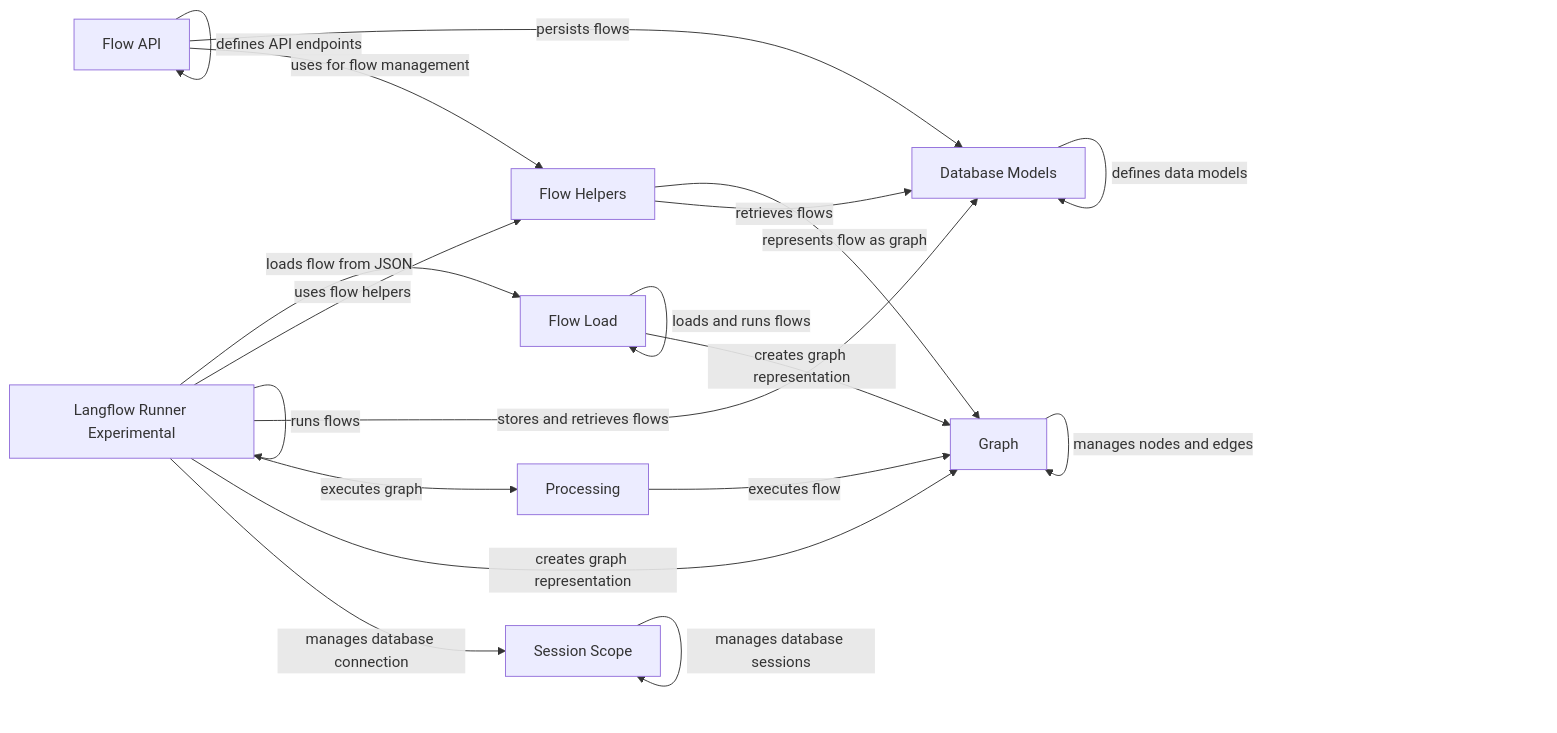
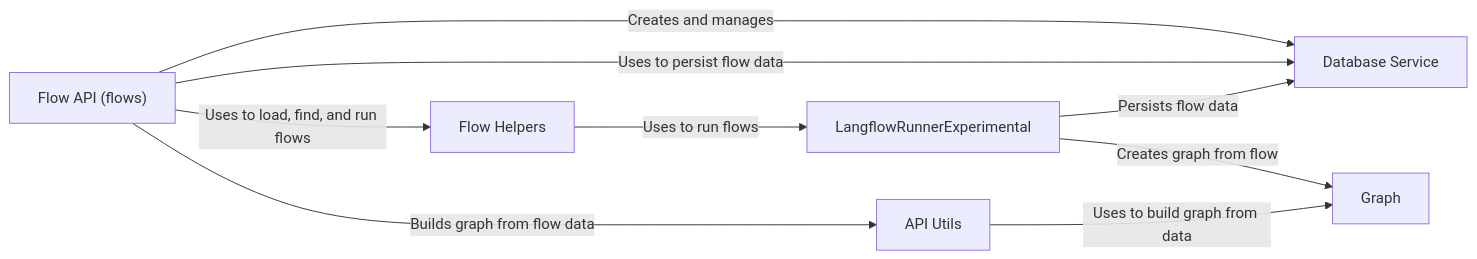
One commit to CodeBoarding/GeneratedOnBoardings changed the diagram in langflow/Flow Management.md. Above: the diagram before and after it, drawn with Mermaid. The commit also changed other lines of this file and 14 other files, not shown here.

````diff
--- a/langflow/Flow Management.md
+++ b/langflow/Flow Management.md
@@ -1,29 +1,17 @@
 ```mermaid
 graph LR
-    Flow_API["Flow API"]
+    Graph["Graph"]
+    Flow_API_flows_["Flow API (flows)"]
+    Database_Service["Database Service"]
     Flow_Helpers["Flow Helpers"]
-    Flow_Load["Flow Load"]
-    Graph["Graph"]
-    Processing["Processing"]
-    Database_Models["Database Models"]
-    Session_Scope["Session Scope"]
-    Langflow_Runner_Experimental["Langflow Runner Experimental"]
-    Flow_API -- "defines API endpoints" --> Flow_API
-    Flow_API -- "uses for flow management" --> Flow_Helpers
-    Flow_API -- "persists flows" --> Database_Models
-    Flow_Helpers -- "retrieves flows" --> Database_Models
-    Flow_Helpers -- "represents flow as graph" --> Graph
-    Flow_Load -- "creates graph representation" --> Graph
-    Flow_Load -- "loads and runs flows" --> Flow_Load
-    Graph -- "manages nodes and edges" --> Graph
-    Processing -- "executes flow" --> Graph
-    Database_Models -- "defines data models" --> Database_Models
-    Session_Scope -- "manages database sessions" --> Session_Scope
-    Langflow_Runner_Experimental -- "runs flows" --> Langflow_Runner_Experimental
-    Langflow_Runner_Experimental -- "manages database connection" --> Session_Scope
-    Langflow_Runner_Experimental -- "creates graph representation" --> Graph
-    Langflow_Runner_Experimental -- "executes graph" --> Processing
-    Langflow_Runner_Experimental -- "stores and retrieves flows" --> Database_Models
-    Langflow_Runner_Experimental -- "uses flow helpers" --> Flow_Helpers
-    Langflow_Runner_Experimental -- "loads flow from JSON" --> Flow_Load
+    API_Utils["API Utils"]
+    LangflowRunnerExperimental["LangflowRunnerExperimental"]
+    Flow_API_flows_ -- "Creates and manages" --> Database_Service
+    Flow_API_flows_ -- "Uses to persist flow data" --> Database_Service
+    Flow_API_flows_ -- "Uses to load, find, and run flows" --> Flow_Helpers
+    Flow_API_flows_ -- "Builds graph from flow data" --> API_Utils
+    LangflowRunnerExperimental -- "Persists flow data" --> Database_Service
+    LangflowRunnerExperimental -- "Creates graph from flow" --> Graph
+    API_Utils -- "Uses to build graph from data" --> Graph
+    Flow_Helpers -- "Uses to run flows" --> LangflowRunnerExperimental
 ```
````
